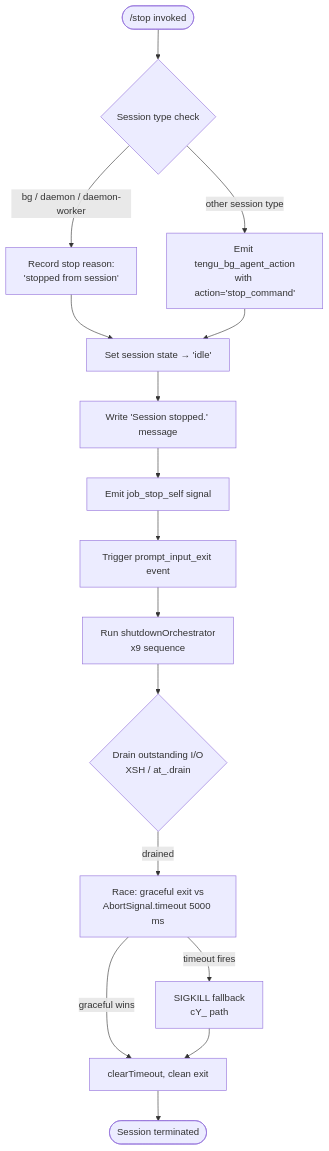
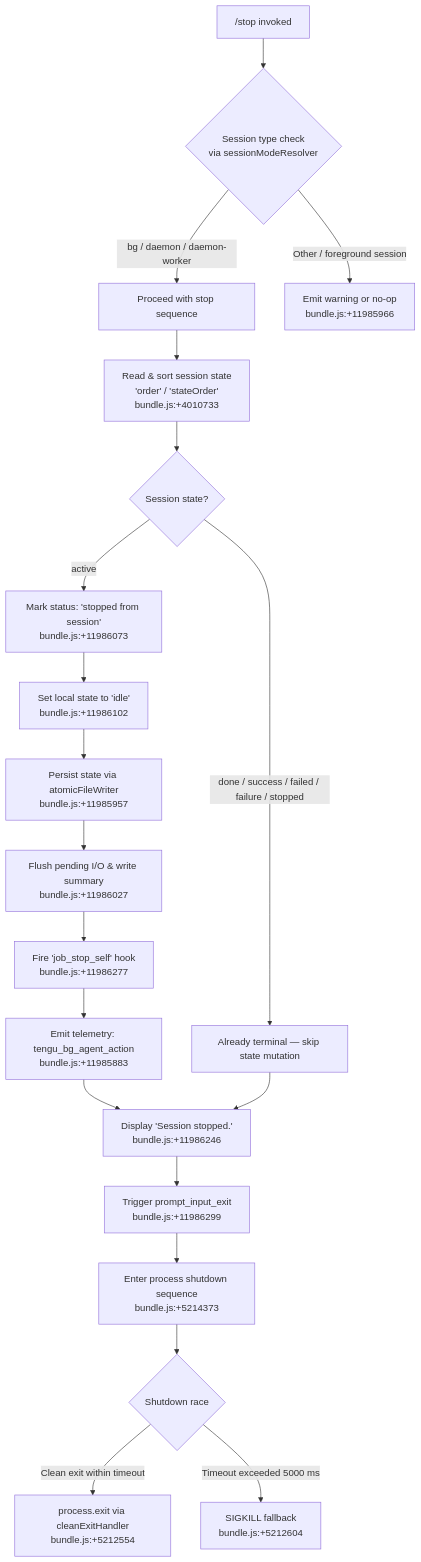
The diagram in versions/v2.1.143/stop.md (MyLittleLuckyDog/cc-gnothi), drawn with Mermaid before and after one commit. The commit also changed other lines of this file and 483 other files, not shown here.

````diff
--- a/versions/v2.1.143/stop.md
+++ b/versions/v2.1.143/stop.md
@@ -46,18 +56,26 @@
 ```mermaid
 flowchart TD
-    A(["/stop invoked"]) --> B{Session type check}
-    B -->|bg / daemon / daemon-worker| C[Record stop reason:\n'stopped from session']
-    B -->|other session type| D[Emit tengu_bg_agent_action\nwith action='stop_command']
-    C --> E[Set session state → 'idle']
-    D --> E
-    E --> F[Write 'Session stopped.' message]
-    F --> G[Emit job_stop_self signal]
-    G --> H[Trigger prompt_input_exit event]
-    H --> I[Run shutdownOrchestrator\nx9 sequence]
-    I --> J{Drain outstanding I/O\nXSH / at_.drain}
-    J -->|drained| K[Race: graceful exit vs\nAbortSignal.timeout 5000 ms]
-    K -->|graceful wins| L[clearTimeout, clean exit]
-    K -->|timeout fires| M[SIGKILL fallback\ncY_ path]
-    M --> L
-    L --> N([Session terminated])
+    A["/stop invoked"] --> B{Session type check\nvia sessionModeResolver}
+    B -->|bg / daemon / daemon-worker| C[Proceed with stop sequence]
+    B -->|Other / foreground session| D[Emit warning or no-op\nbundle.js:+11985966]
+
+    C --> E[Read & sort session state\n'order' / 'stateOrder'\nbundle.js:+4010733]
+    E --> F{Session state?}
+    F -->|active| G[Mark status: 'stopped from session'\nbundle.js:+11986073]
+    F -->|done / success / failed / failure / stopped| H[Already terminal — skip state mutation]
+
+    G --> I[Set local state to 'idle'\nbundle.js:+11986102]
+    I --> J[Persist state via atomicFileWriter\nbundle.js:+11985957]
+    J --> K[Flush pending I/O & write summary\nbundle.js:+11986027]
+    K --> L[Fire 'job_stop_self' hook\nbundle.js:+11986277]
+    L --> M[Emit telemetry: tengu_bg_agent_action\nbundle.js:+11985883]
+    M --> N[Display 'Session stopped.'\nbundle.js:+11986246]
+    N --> O[Trigger prompt_input_exit\nbundle.js:+11986299]
+    O --> P[Enter process shutdown sequence\nbundle.js:+5214373]
+
+    P --> Q{Shutdown race}
+    Q -->|Clean exit within timeout| R[process.exit via cleanExitHandler\nbundle.js:+5212554]
+    Q -->|Timeout exceeded 5000 ms| S[SIGKILL fallback\nbundle.js:+5212604]
+
+    H --> N
 ```
````
